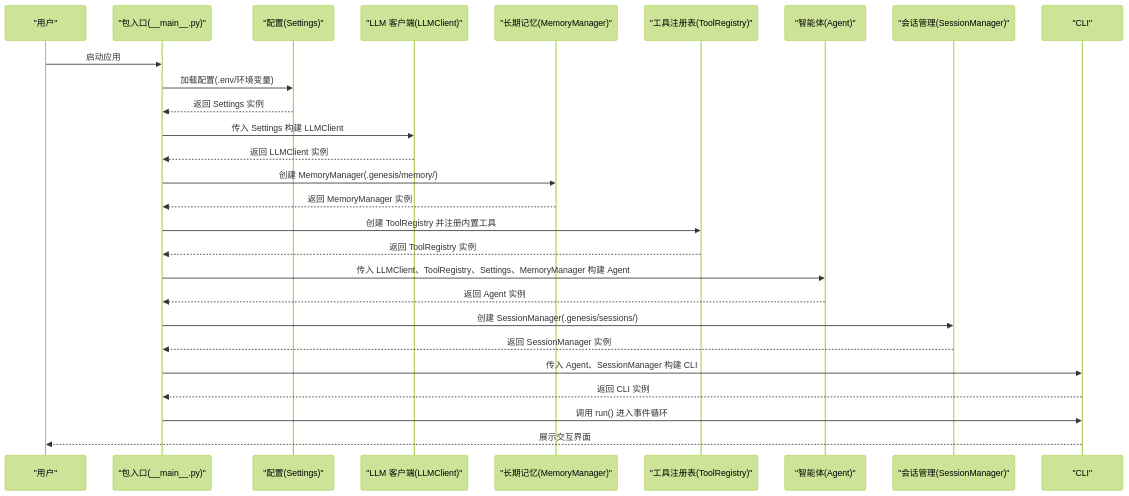
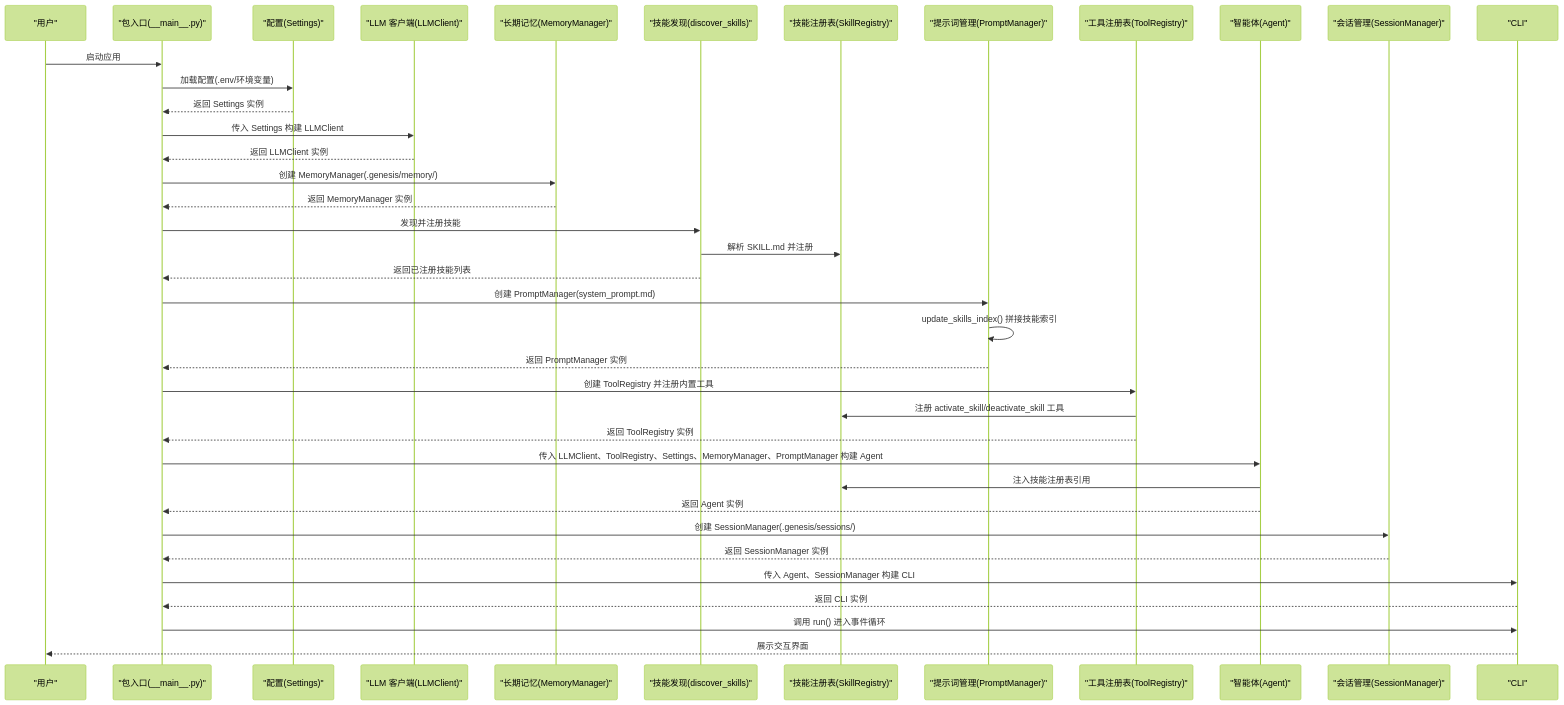
The second of 5 diagrams in .qoder/repowiki/zh/content/核心模块详解/入口点和初始化.md (250shiwo/MySmallAgent), drawn with Mermaid (forest theme) before and after one commit. The commit also changed other lines of this file and 23 other files, not shown here.

````diff
--- a/.qoder/repowiki/zh/content/核心模块详解/入口点和初始化.md
+++ b/.qoder/repowiki/zh/content/核心模块详解/入口点和初始化.md
@@ -154,29 +169,40 @@
 ```mermaid
 sequenceDiagram
 participant U as "用户"
 participant P as "包入口(__main__.py)"
 participant S as "配置(Settings)"
 participant L as "LLM 客户端(LLMClient)"
 participant M as "长期记忆(MemoryManager)"
+participant SD as "技能发现(discover_skills)"
+participant SR as "技能注册表(SkillRegistry)"
+participant PM as "提示词管理(PromptManager)"
 participant R as "工具注册表(ToolRegistry)"
 participant A as "智能体(Agent)"
 participant SM as "会话管理(SessionManager)"
 participant C as "CLI"
 U->>P : 启动应用
 P->>S : 加载配置(.env/环境变量)
 S-->>P : 返回 Settings 实例
 P->>L : 传入 Settings 构建 LLMClient
 L-->>P : 返回 LLMClient 实例
 P->>M : 创建 MemoryManager(.genesis/memory/)
 M-->>P : 返回 MemoryManager 实例
+P->>SD : 发现并注册技能
+SD->>SR : 解析 SKILL.md 并注册
+SD-->>P : 返回已注册技能列表
+P->>PM : 创建 PromptManager(system_prompt.md)
+PM->>PM : update_skills_index() 拼接技能索引
+PM-->>P : 返回 PromptManager 实例
 P->>R : 创建 ToolRegistry 并注册内置工具
+R->>SR : 注册 activate_skill/deactivate_skill 工具
 R-->>P : 返回 ToolRegistry 实例
-P->>A : 传入 LLMClient、ToolRegistry、Settings、MemoryManager 构建 Agent
+P->>A : 传入 LLMClient、ToolRegistry、Settings、MemoryManager、PromptManager 构建 Agent
+A->>SR : 注入技能注册表引用
 A-->>P : 返回 Agent 实例
 P->>SM : 创建 SessionManager(.genesis/sessions/)
 SM-->>P : 返回 SessionManager 实例
 P->>C : 传入 Agent、SessionManager 构建 CLI
 C-->>P : 返回 CLI 实例
 P->>C : 调用 run() 进入事件循环
 C-->>U : 展示交互界面
 ```
````
